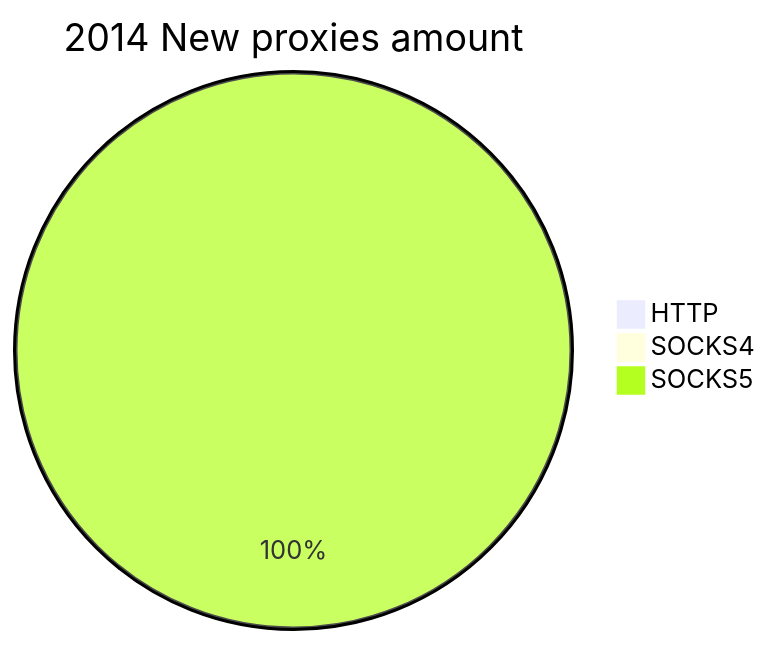
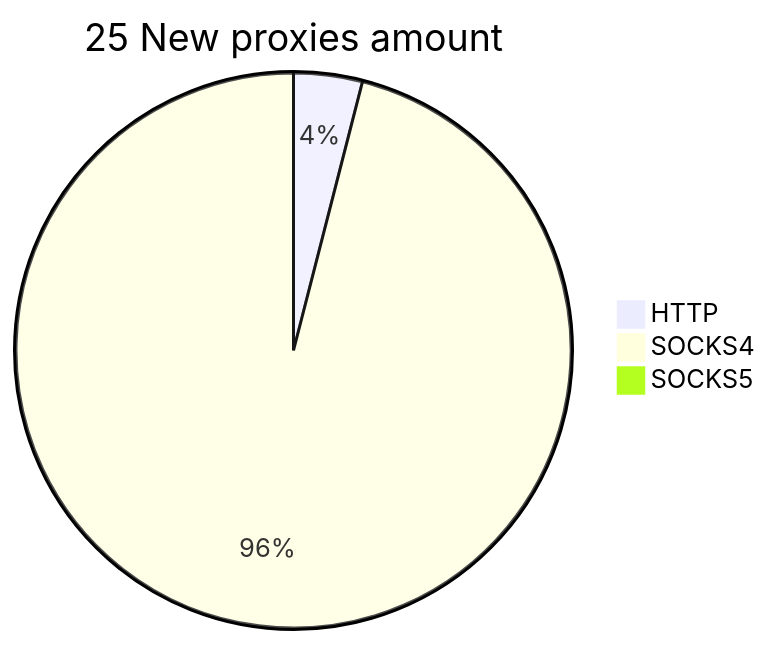
One commit to cutipu/proxylist changed the second of 2 diagrams in README.md. Above: the diagram before and after it, drawn with Mermaid. The commit also changed other lines of this file, not shown here.

````diff
--- a/README.md
+++ b/README.md
@@ -10,6 +10,6 @@
 ```mermaid
-pie title 2014 New proxies amount
-    "HTTP" : 0
-    "SOCKS4" : 0
-    "SOCKS5" : 2014
+pie title 25 New proxies amount
+    "HTTP" : 1
+    "SOCKS4" : 24
+    "SOCKS5" : 0
 ```
````
